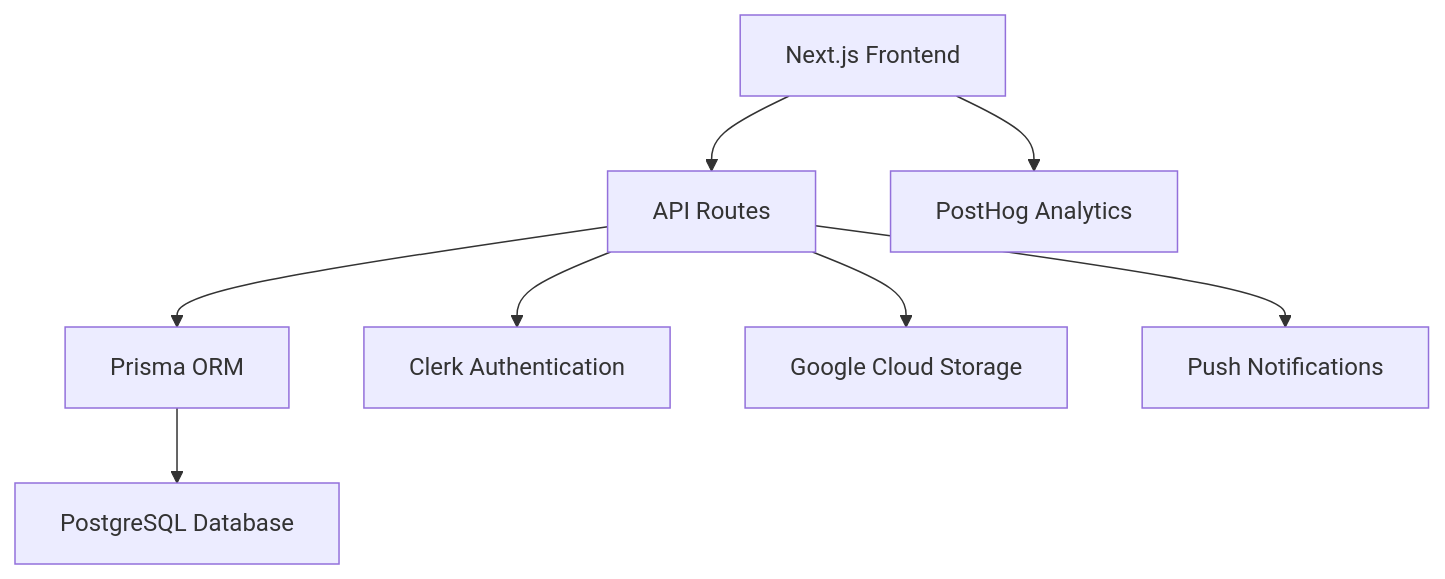
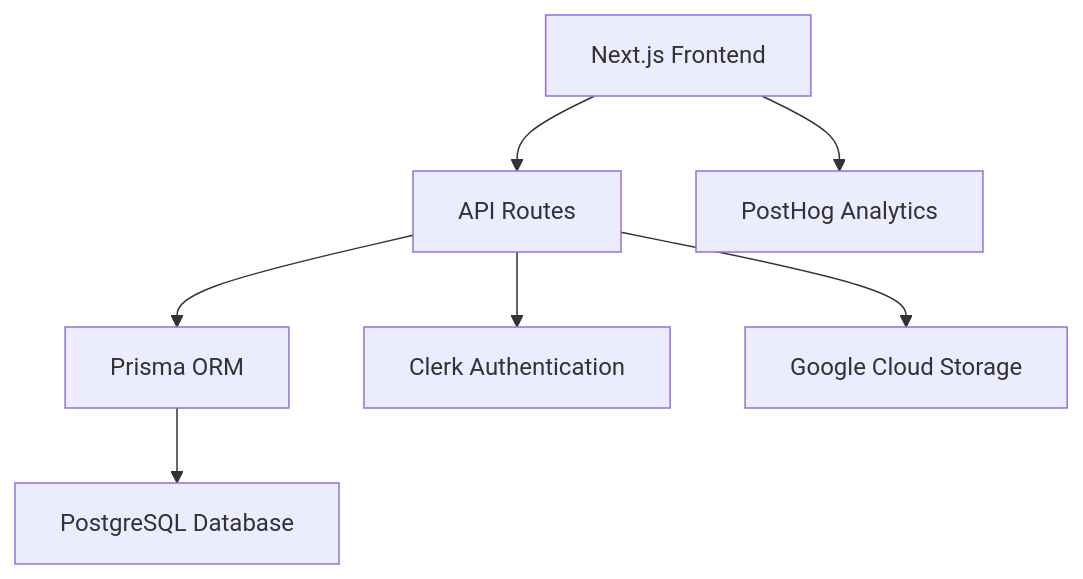
Before and after one commit to sundaiclub/sundai-website-v2: the diagram in README.md, drawn with Mermaid. The commit also changed 8 other files, not shown here.

````diff
--- a/README.md
+++ b/README.md
@@ -259,10 +259,9 @@
 ```mermaid
 graph TD
     A[Next.js Frontend] --> B[API Routes]
     B --> C[Prisma ORM]
     C --> D[PostgreSQL Database]
     B --> E[Clerk Authentication]
     B --> F[Google Cloud Storage]
-    B --> G[Push Notifications]
     A --> H[PostHog Analytics]
 ```
````
